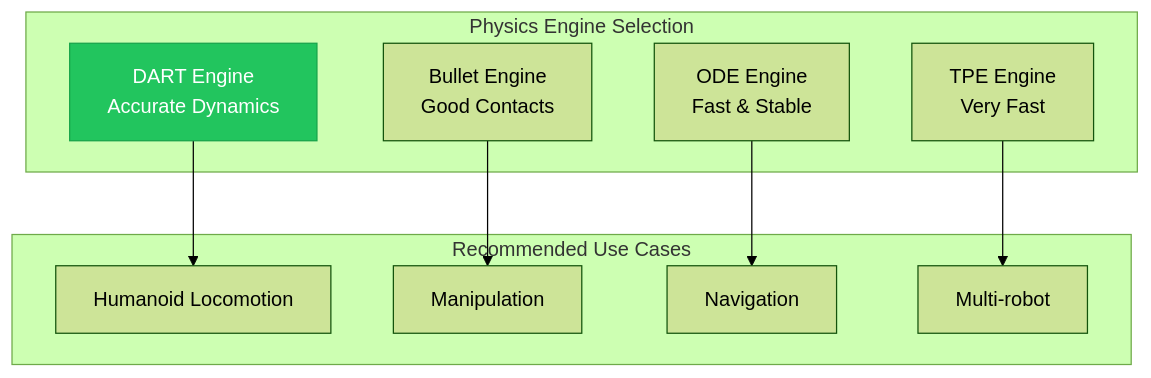
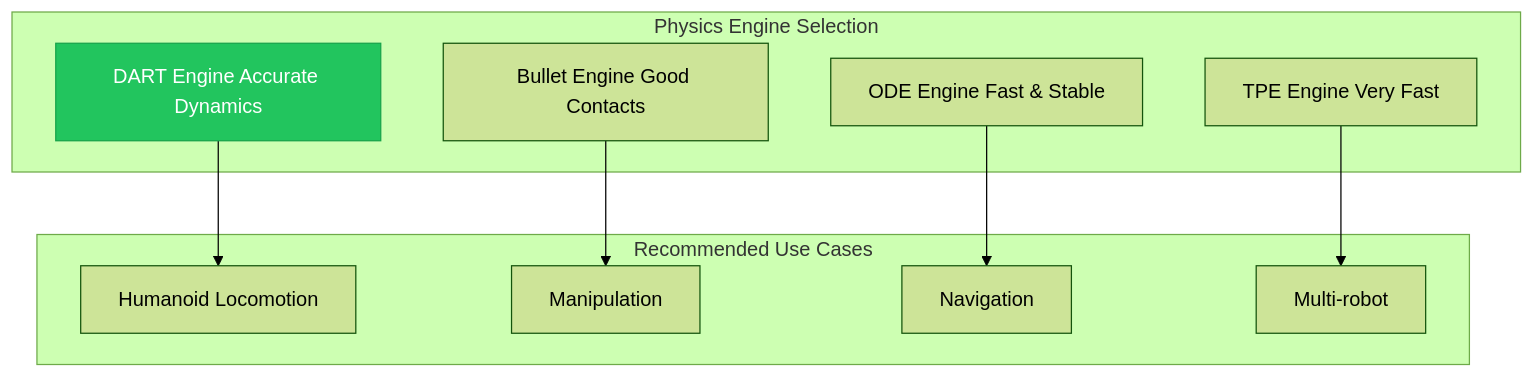
One commit to shakir-hussain1/physical-AI-and-humanoid-robotics-textbook-by-shakir-hussain changed the third of 5 diagrams in docs/modules/module-2-digital-twin/chapter-06-gazebo.md. Above: the diagram before and after it, drawn with Mermaid (forest theme). The commit also changed other lines of this file and 17 other files, not shown here.

Commit message:
fix: Remove br tags from Mermaid diagrams causing parse errors

````diff
--- a/docs/modules/module-2-digital-twin/chapter-06-gazebo.md
+++ b/docs/modules/module-2-digital-twin/chapter-06-gazebo.md
@@ -246,23 +246,23 @@
 ```mermaid
 flowchart TD
     subgraph Engines["Physics Engine Selection"]
-        DART[DART Engine<br/>Accurate Dynamics]
-        ODE[ODE Engine<br/>Fast & Stable]
-        BULLET[Bullet Engine<br/>Good Contacts]
-        TPE[TPE Engine<br/>Very Fast]
+        DART[DART Engine Accurate Dynamics]
+        ODE[ODE Engine Fast & Stable]
+        BULLET[Bullet Engine Good Contacts]
+        TPE[TPE Engine Very Fast]
     end
 
     subgraph UseCase["Recommended Use Cases"]
         HUM[Humanoid Locomotion]
         MANIP[Manipulation]
         NAV[Navigation]
         CROWD[Multi-robot]
     end
 
     DART --> HUM
     BULLET --> MANIP
     ODE --> NAV
     TPE --> CROWD
 
     style DART fill:#22c55e,stroke:#16a34a,color:#fff
 ```
````
